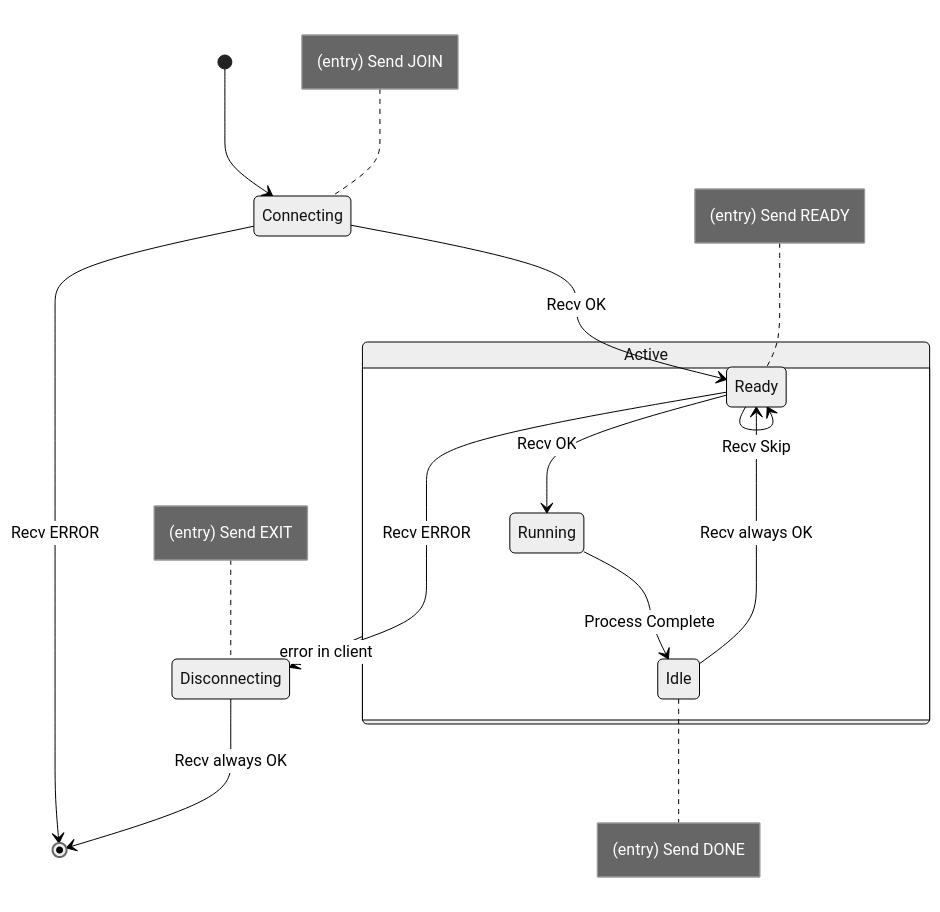
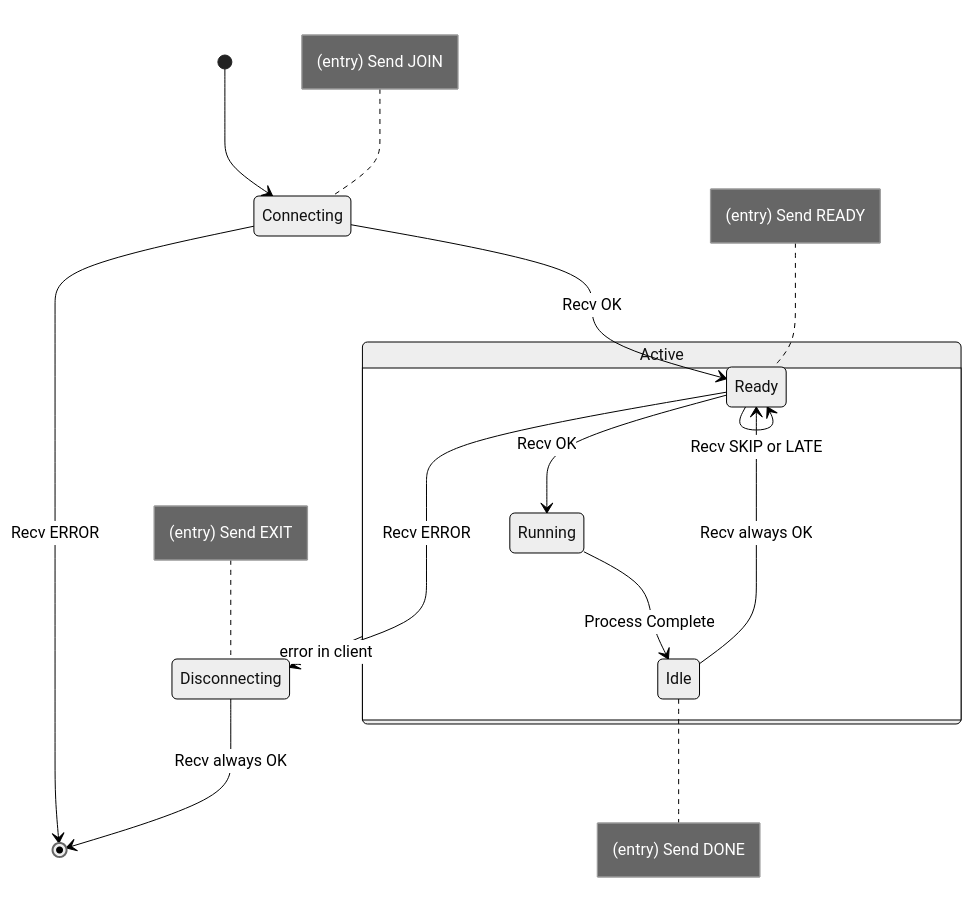
The first of 2 diagrams in docs/state-management.md (nao-kawano/ritsu-scheduler), drawn with Mermaid (neutral theme) before and after one commit. The commit also changed other lines of this file and 3 other files, not shown here.

````diff
--- a/docs/state-management.md
+++ b/docs/state-management.md
@@ -14,25 +14,25 @@
 ```mermaid
 stateDiagram-v2
     [*] --> Connecting
     note left of Connecting : (entry) Send JOIN
 
     Connecting --> [*] : Recv ERROR
     Connecting --> Ready : Recv OK
     note left of Ready : (entry) Send READY
 
     State Active {
         Ready --> Running : Recv OK
-        Ready --> Ready : Recv Skip
+        Ready --> Ready : Recv SKIP or LATE
 
         Running --> Idle : Process Complete
         note right of Idle : (entry) Send DONE
 
         Idle --> Ready : Recv always OK
     }
 
     Ready --> Disconnecting : Recv ERROR
     Active --> Disconnecting : error in client
     note left of Disconnecting : (entry) Send EXIT
 
     Disconnecting --> [*] : Recv always OK
 ```
````
